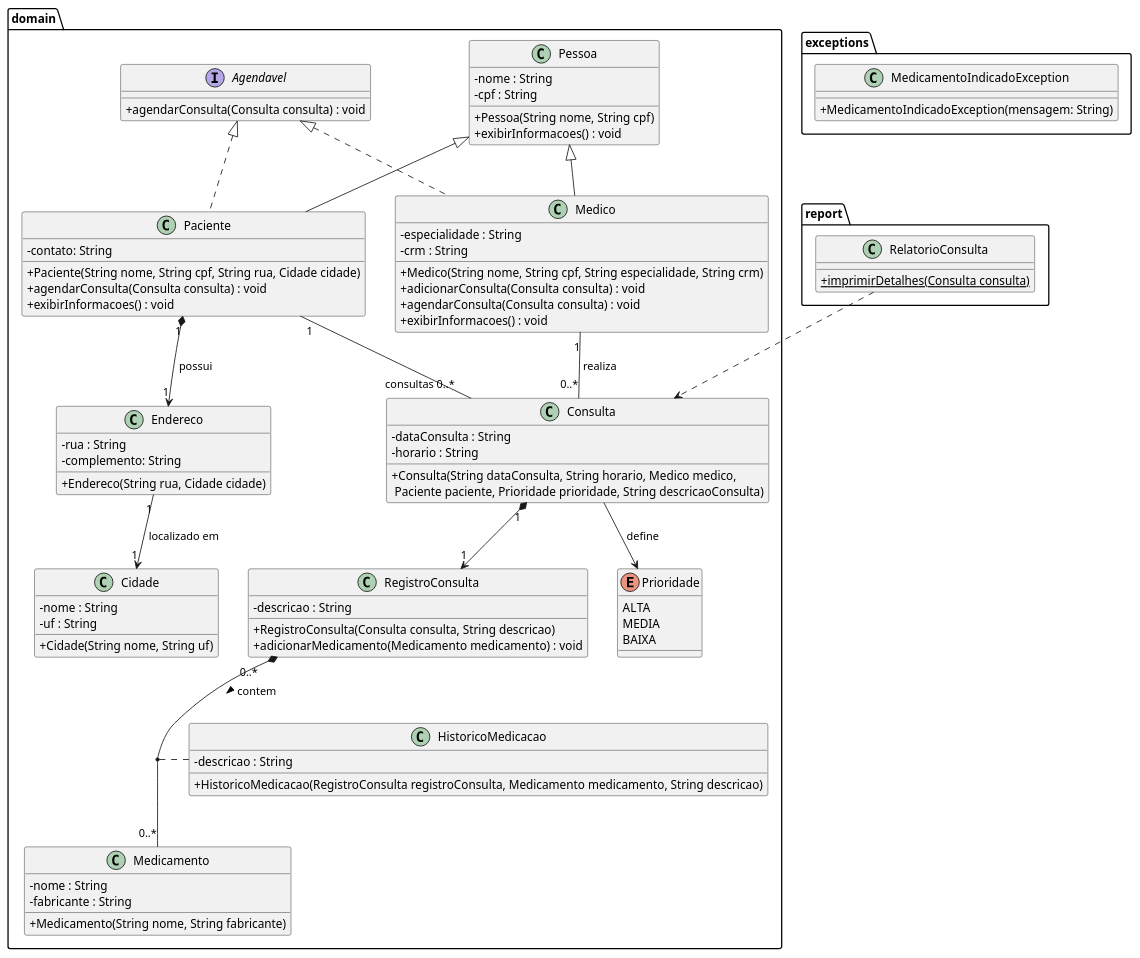
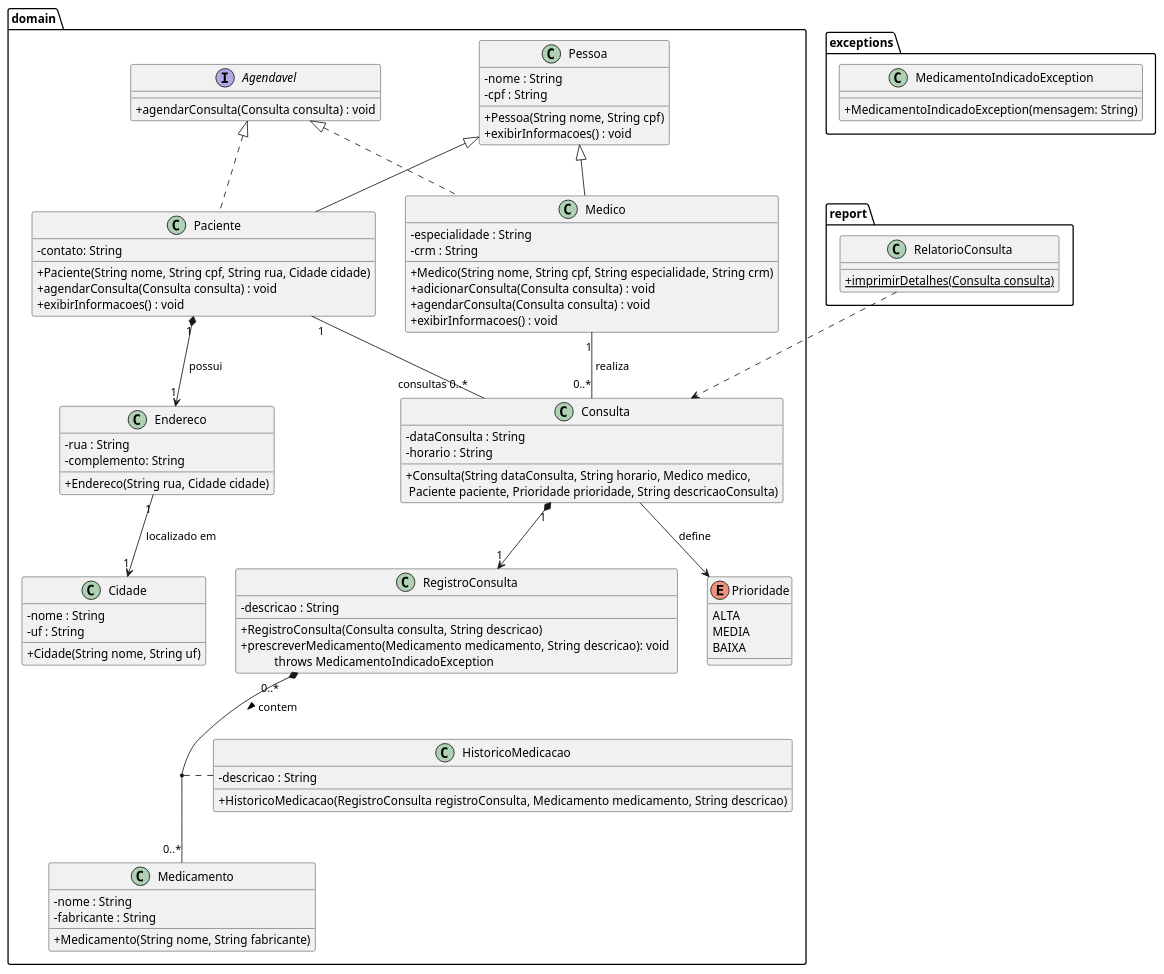
One commit to ctii-ead-ifsc-fln/POO-AC-6 changed the diagram in prj-atv-complementar6-clinica-medica/src/main/resources/diagrama-de-classes/clinica-medica-diagrama-de-classes.puml. Above: the diagram before and after it, drawn with PlantUML. The commit also changed 1 other file, not shown here.

```diff
--- a/prj-atv-complementar6-clinica-medica/src/main/resources/diagrama-de-classes/clinica-medica-diagrama-de-classes.puml
+++ b/prj-atv-complementar6-clinica-medica/src/main/resources/diagrama-de-classes/clinica-medica-diagrama-de-classes.puml
@@ -1,103 +1,104 @@
 @startuml
 skinparam classAttributeIconSize 0
 
 package domain {
 interface Agendavel {
     + agendarConsulta(Consulta consulta) : void
 }
 
 class Pessoa {
     - nome : String
     - cpf : String
     + Pessoa(String nome, String cpf)
     + exibirInformacoes() : void
 }
 
 class Medico {
     - especialidade : String
     - crm : String
     + Medico(String nome, String cpf, String especialidade, String crm)
     + adicionarConsulta(Consulta consulta) : void
     + agendarConsulta(Consulta consulta) : void
     + exibirInformacoes() : void
 }
 
 class Paciente {
     - contato: String
     + Paciente(String nome, String cpf, String rua, Cidade cidade)
     + agendarConsulta(Consulta consulta) : void
     + exibirInformacoes() : void
 }
 
 class Endereco {
     - rua : String
     - complemento: String
     + Endereco(String rua, Cidade cidade)
 }
 
 class Cidade {
     - nome : String
     - uf : String
     + Cidade(String nome, String uf)
 }
 
 class Consulta {
     - dataConsulta : String
     - horario : String
     + Consulta(String dataConsulta, String horario, Medico medico,\n Paciente paciente, Prioridade prioridade, String descricaoConsulta)
 }
 
 class RegistroConsulta {
     - descricao : String
     + RegistroConsulta(Consulta consulta, String descricao)
-    + adicionarMedicamento(Medicamento medicamento) : void
+    + prescreverMedicamento(Medicamento medicamento, String descricao): void \n           throws MedicamentoIndicadoException
+
 }
 
 class Medicamento {
     - nome : String
     - fabricante : String
     + Medicamento(String nome, String fabricante)
 }
 
 class HistoricoMedicacao {
     - descricao : String
     + HistoricoMedicacao(RegistroConsulta registroConsulta, Medicamento medicamento, String descricao)
 }
 
 
 enum Prioridade {
     ALTA
     MEDIA
     BAIXA
 }
 }
 
 package report {
     class RelatorioConsulta {
         + {static} imprimirDetalhes(Consulta consulta)
     }
 }
 
 package exceptions {
     ' Classe de exceção para medicamentos indicados
     class MedicamentoIndicadoException {
         + MedicamentoIndicadoException(mensagem: String)
     }
 }
 
 Pessoa <|-- Medico
 Pessoa <|-- Paciente
 Paciente "1" -- "consultas 0..*" Consulta
 Consulta --> Prioridade : " define"
 Paciente "1" *--> "1" Endereco : " possui"
 Endereco "1" --> "1" Cidade : " localizado em"
 Medico "1" -- "0..*" Consulta : " realiza"
 Consulta "1" *--> "1" RegistroConsulta
 RegistroConsulta "0..*" *-- "0..*" Medicamento : contem >
 (RegistroConsulta, Medicamento) .. HistoricoMedicacao
 Agendavel <|.. Medico
 Agendavel <|.. Paciente
 
 RelatorioConsulta ..> Consulta
 
 @enduml
```
